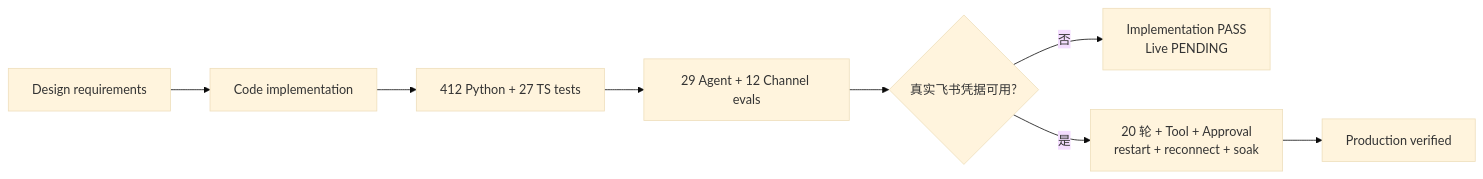
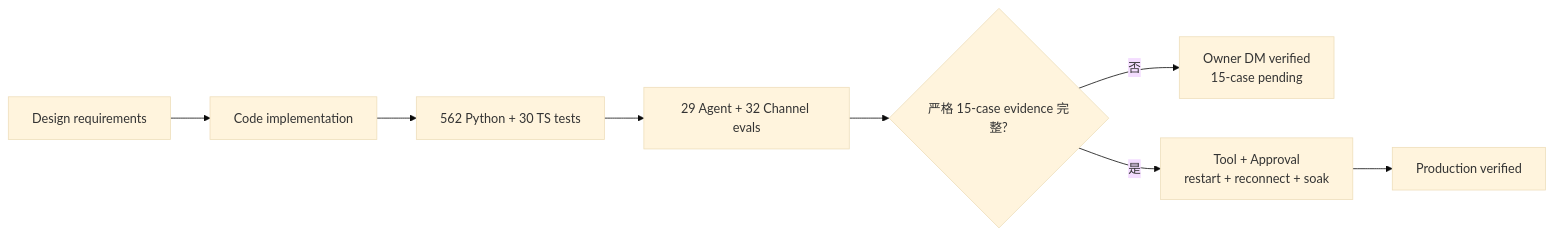
The first of 2 diagrams in docs/engineering/phase-4/completion-audit.md (NEDONION/lobster0), drawn with Mermaid (base theme) before and after one commit. The commit also changed other lines of this file and 32 other files, not shown here.

Commit message:
docs(roadmap): 统一 Phase 交付时间线与当前证据

````diff
--- a/docs/engineering/phase-4/completion-audit.md
+++ b/docs/engineering/phase-4/completion-audit.md
@@ -17,10 +17,10 @@
 ```mermaid
 flowchart LR
     D["Design requirements"] --> C["Code implementation"]
-    C --> U["412 Python + 27 TS tests"]
-    U --> E["29 Agent + 12 Channel evals"]
-    E --> L{"真实飞书凭据可用?"}
-    L -->|"否"| P["Implementation PASS\nLive PENDING"]
-    L -->|"是"| R["20 轮 + Tool + Approval\nrestart + reconnect + soak"]
+    C --> U["562 Python + 30 TS tests"]
+    U --> E["29 Agent + 32 Channel evals"]
+    E --> L{"严格 15-case evidence 完整?"}
+    L -->|"否"| P["Owner DM verified\n15-case pending"]
+    L -->|"是"| R["Tool + Approval\nrestart + reconnect + soak"]
     R --> X["Production verified"]
 ```
````
